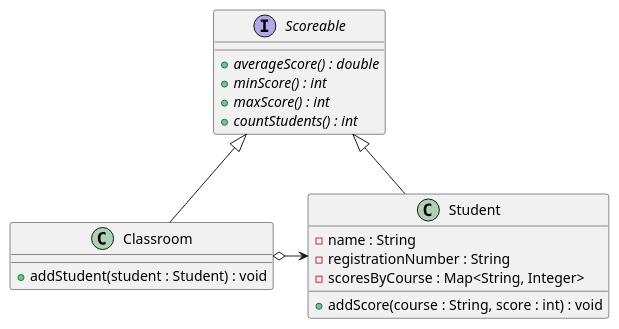
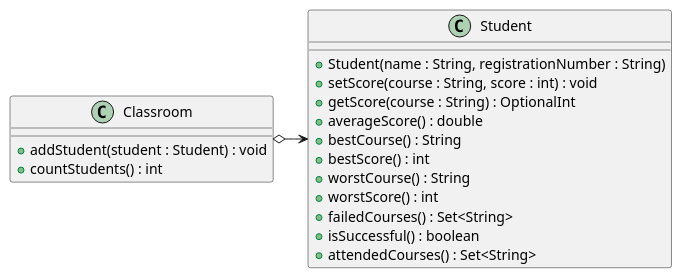
Before and after one commit to umons-polytech-odl2017/odl-tp5-theopoissonnier: the diagram in src/main/asciidoc/images/student-score.puml, drawn with PlantUML. The commit also changed 4 other files, not shown here.

```diff
--- a/src/main/asciidoc/images/student-score.puml
+++ b/src/main/asciidoc/images/student-score.puml
@@ -1,24 +1,23 @@
 @startuml
-
-interface Scoreable {
-    {abstract} +averageScore() : double
-    {abstract} +minScore() : int
-    {abstract} +maxScore() : int
-    {abstract} +countStudents() : int
-}
 
 class Classroom {
     +addStudent(student : Student) : void
+    +countStudents() : int
 }
 
 class Student {
-    -name : String
-    -registrationNumber : String
-    -scoresByCourse : Map<String, Integer>
-    +addScore(course : String, score : int) : void
+    +Student(name : String, registrationNumber : String)
+    +setScore(course : String, score : int) : void
+    +getScore(course : String) : OptionalInt
+    +averageScore() : double
+    +bestCourse() : String
+    +bestScore() : int
+    +worstCourse() : String
+    +worstScore() : int
+    +failedCourses() : Set<String>
+    +isSuccessful() : boolean
+    +attendedCourses() : Set<String>
 }
 
-Scoreable <|-- Classroom
-Scoreable <|-- Student
 Classroom o-> Student
 @enduml
```
